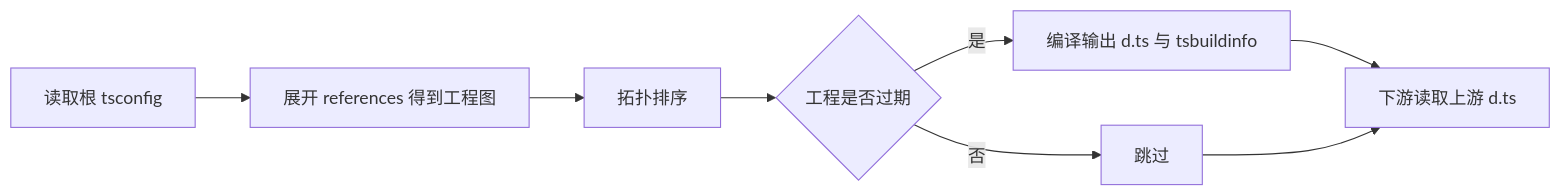
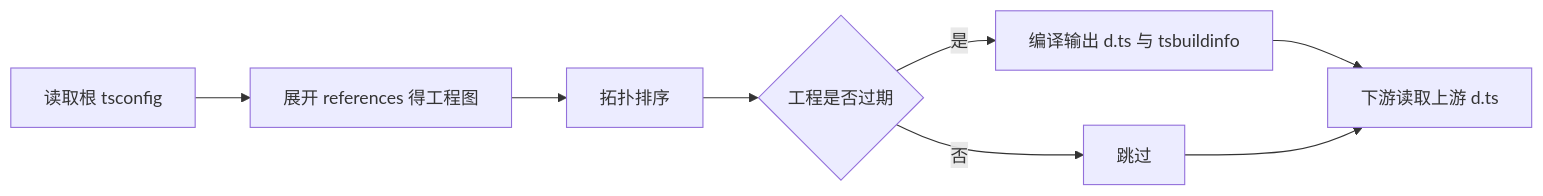
The third of 4 diagrams in learning-guide/slides/decks/05.md (lfire/AFFiNE), drawn with Mermaid before and after one commit. The commit also changed other lines of this file and 46 other files, not shown here.

````diff
--- a/learning-guide/slides/decks/05.md
+++ b/learning-guide/slides/decks/05.md
@@ -137,10 +147,10 @@
 ```mermaid
 flowchart LR
-    A[读取根 tsconfig] --> B[展开 references 得到工程图]
-    B --> C[拓扑排序]
-    C --> D{工程是否过期}
-    D -->|是| E["编译输出 d.ts 与 tsbuildinfo"]
-    D -->|否| F[跳过]
-    E --> G["下游读取上游 d.ts"]
-    F --> G
+  A["读取根 tsconfig"] --> B["展开 references 得工程图"]
+  B --> C["拓扑排序"]
+  C --> D{"工程是否过期"}
+  D -->|是| E["编译输出 d.ts 与 tsbuildinfo"]
+  D -->|否| F["跳过"]
+  E --> G["下游读取上游 d.ts"]
+  F --> G
 ```
````
